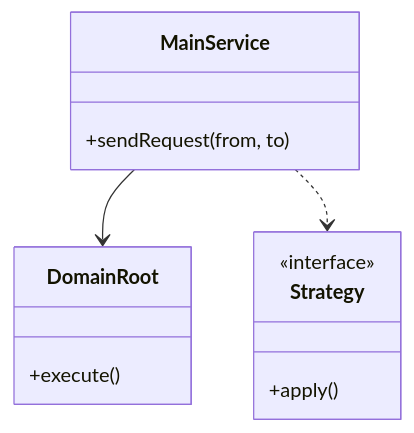
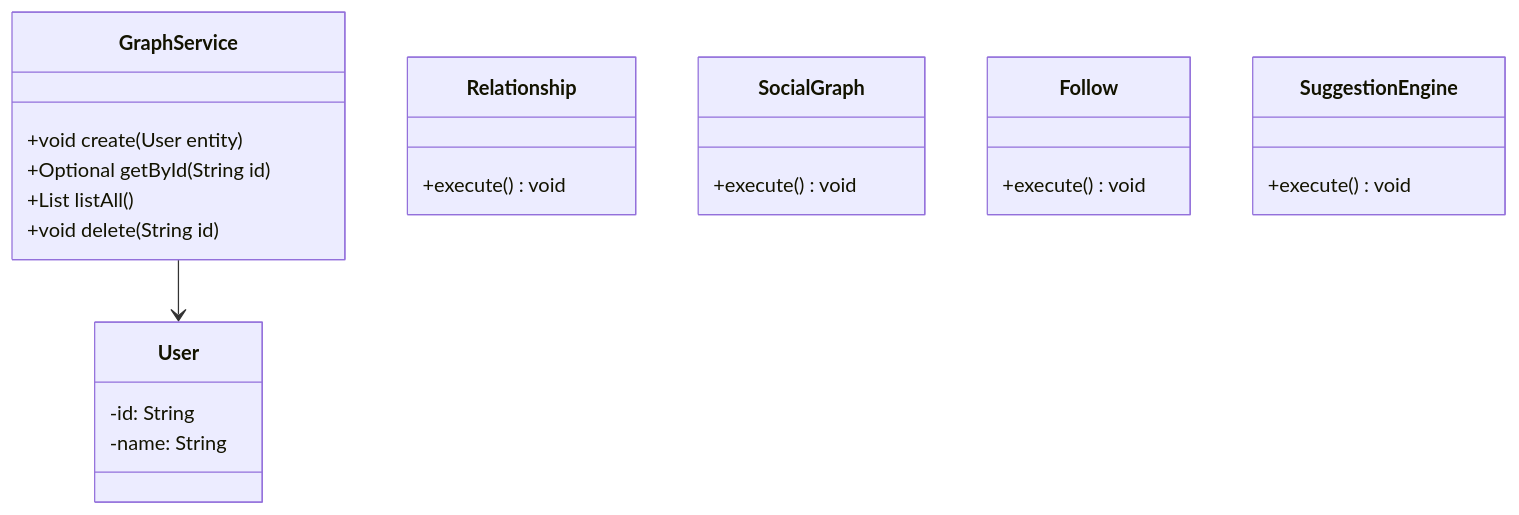
The first of 3 diagrams in Learn/System Design - Low Level Design/02-classic-ood/questions/Q44-social-graph.md (madhupaila/Interview-Prep-SSE), drawn with Mermaid before and after one commit. The commit also changed other lines of this file and 491 other files, not shown here.

````diff
--- a/Learn/System Design - Low Level Design/02-classic-ood/questions/Q44-social-graph.md
+++ b/Learn/System Design - Low Level Design/02-classic-ood/questions/Q44-social-graph.md
@@ -75,15 +92,26 @@
 ```mermaid
 classDiagram
-    class MainService {
-        +sendRequest(from, to)
+    class GraphService {
+        +void create(User entity)
+        +Optional<User> getById(String id)
+        +List<User> listAll()
+        +void delete(String id)
     }
-    class DomainRoot {
-        +execute()
+    class User {
+        -id: String
+        -name: String
     }
-    class Strategy {
-        <<interface>>
-        +apply()
+    class Relationship {
+        +execute() void
     }
-    MainService --> DomainRoot
-    MainService ..> Strategy
+    class SocialGraph {
+        +execute() void
+    }
+    class Follow {
+        +execute() void
+    }
+    class SuggestionEngine {
+        +execute() void
+    }
+    GraphService --> User
 ```
````
